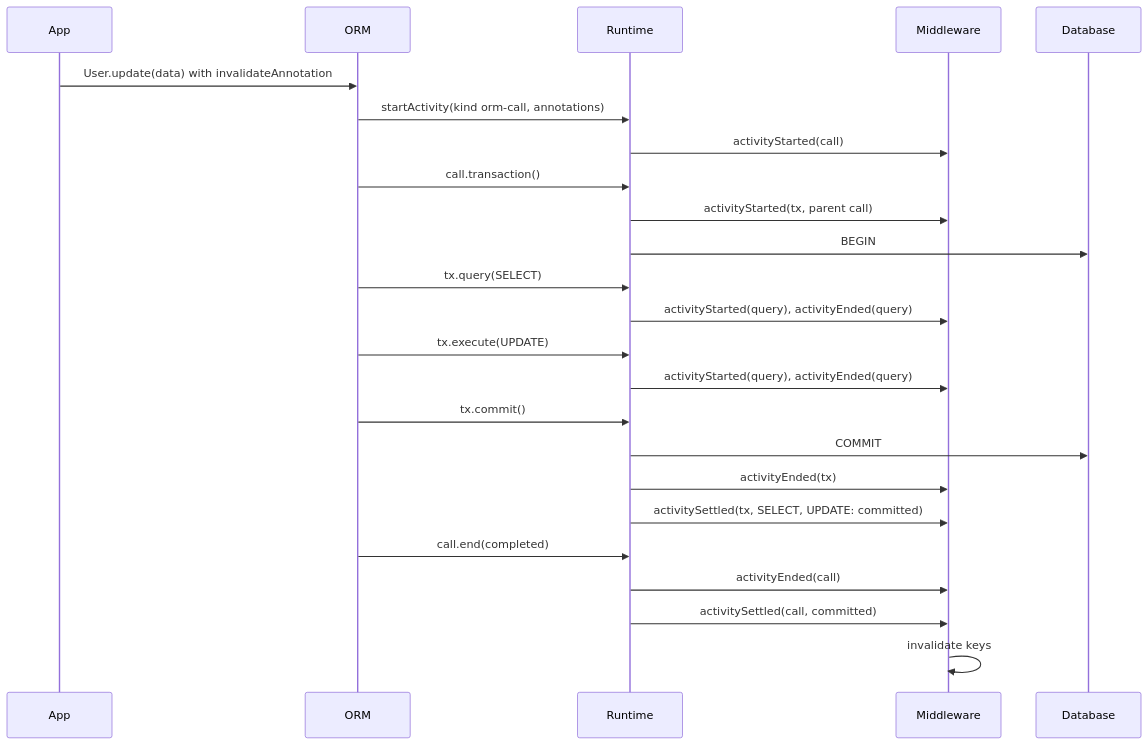
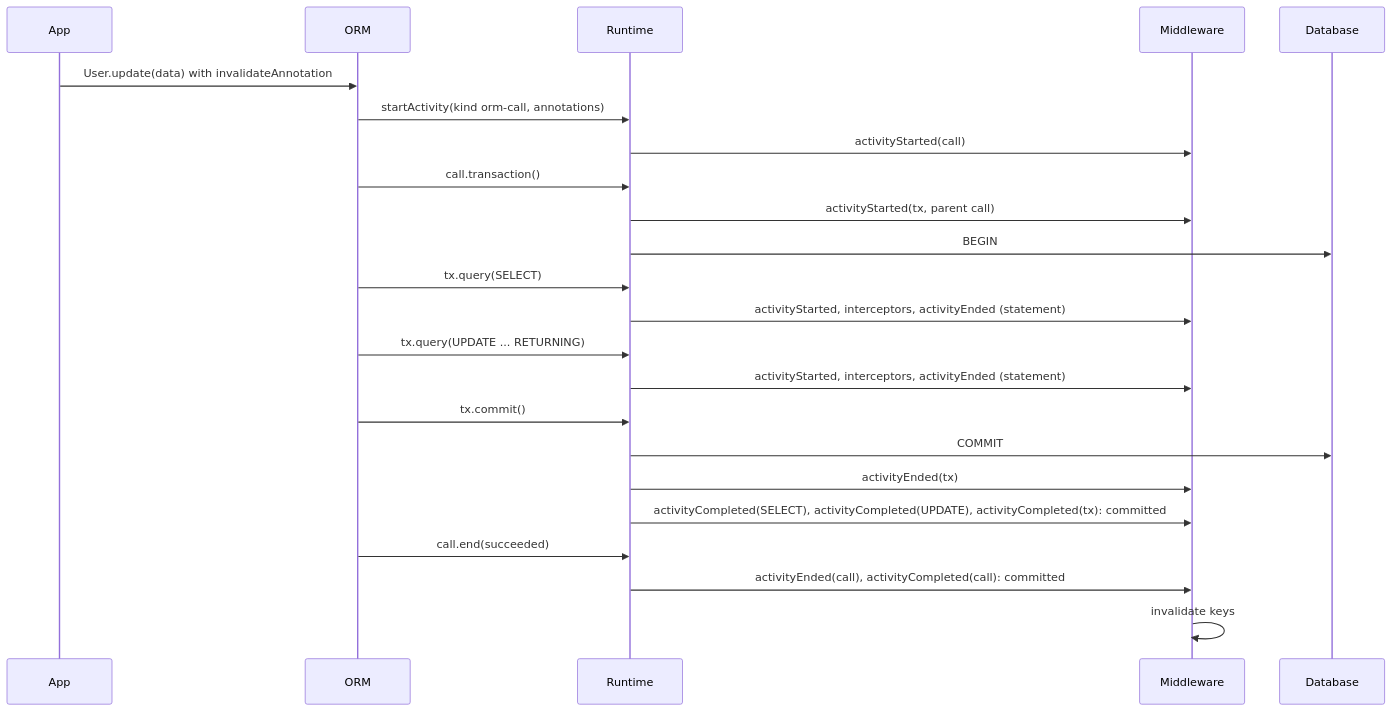
The diagram in docs/architecture docs/adrs/ADR 271 - The runtime middleware observes a tree of activities, each started, ended and completed.md (prisma/orm), drawn with Mermaid before and after one commit. The commit also changed other lines of this file and 2 other files, not shown here.

````diff
--- a/docs/architecture docs/adrs/ADR 271 - The runtime middleware observes a tree of activities, each started, ended and completed.md
+++ b/docs/architecture docs/adrs/ADR 271 - The runtime middleware observes a tree of activities, each started, ended and completed.md
@@ -24,26 +22,25 @@
 ```mermaid
 sequenceDiagram
     participant App
     participant ORM
     participant R as Runtime
     participant M as Middleware
     participant D as Database
     App->>ORM: User.update(data) with invalidateAnnotation
     ORM->>R: startActivity(kind orm-call, annotations)
     R->>M: activityStarted(call)
     ORM->>R: call.transaction()
     R->>M: activityStarted(tx, parent call)
     R->>D: BEGIN
     ORM->>R: tx.query(SELECT)
-    R->>M: activityStarted(query), activityEnded(query)
-    ORM->>R: tx.execute(UPDATE)
-    R->>M: activityStarted(query), activityEnded(query)
+    R->>M: activityStarted, interceptors, activityEnded (statement)
+    ORM->>R: tx.query(UPDATE ... RETURNING)
+    R->>M: activityStarted, interceptors, activityEnded (statement)
     ORM->>R: tx.commit()
     R->>D: COMMIT
     R->>M: activityEnded(tx)
-    R->>M: activitySettled(tx, SELECT, UPDATE: committed)
-    ORM->>R: call.end(completed)
-    R->>M: activityEnded(call)
-    R->>M: activitySettled(call, committed)
+    R->>M: activityCompleted(SELECT), activityCompleted(UPDATE), activityCompleted(tx): committed
+    ORM->>R: call.end(succeeded)
+    R->>M: activityEnded(call), activityCompleted(call): committed
     M->>M: invalidate keys
 ```
````
